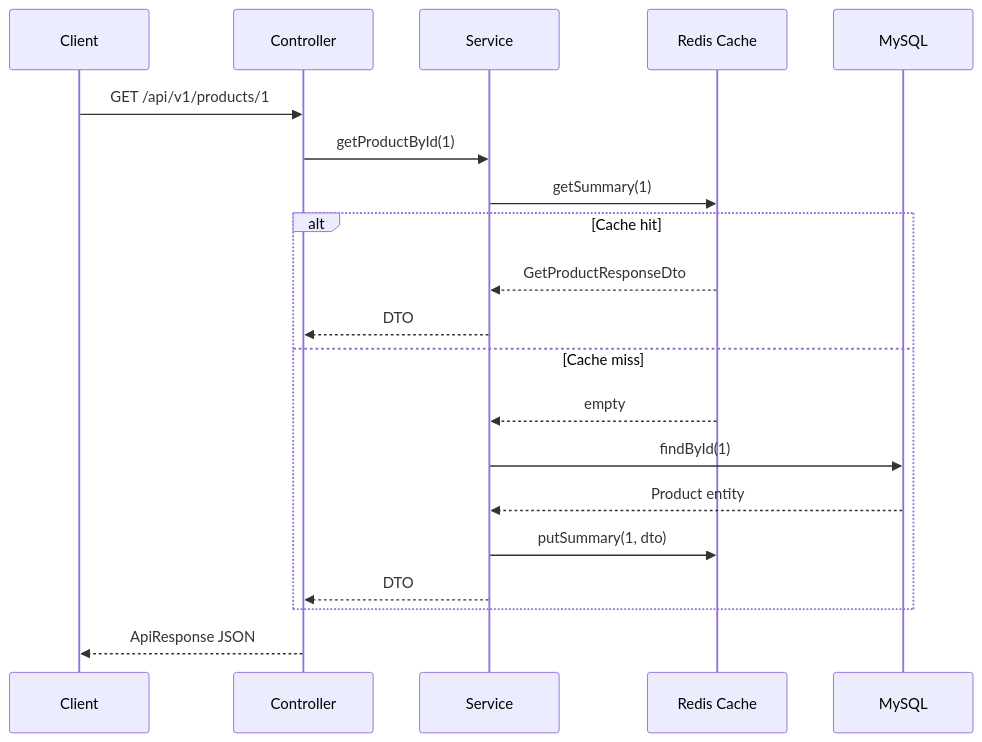
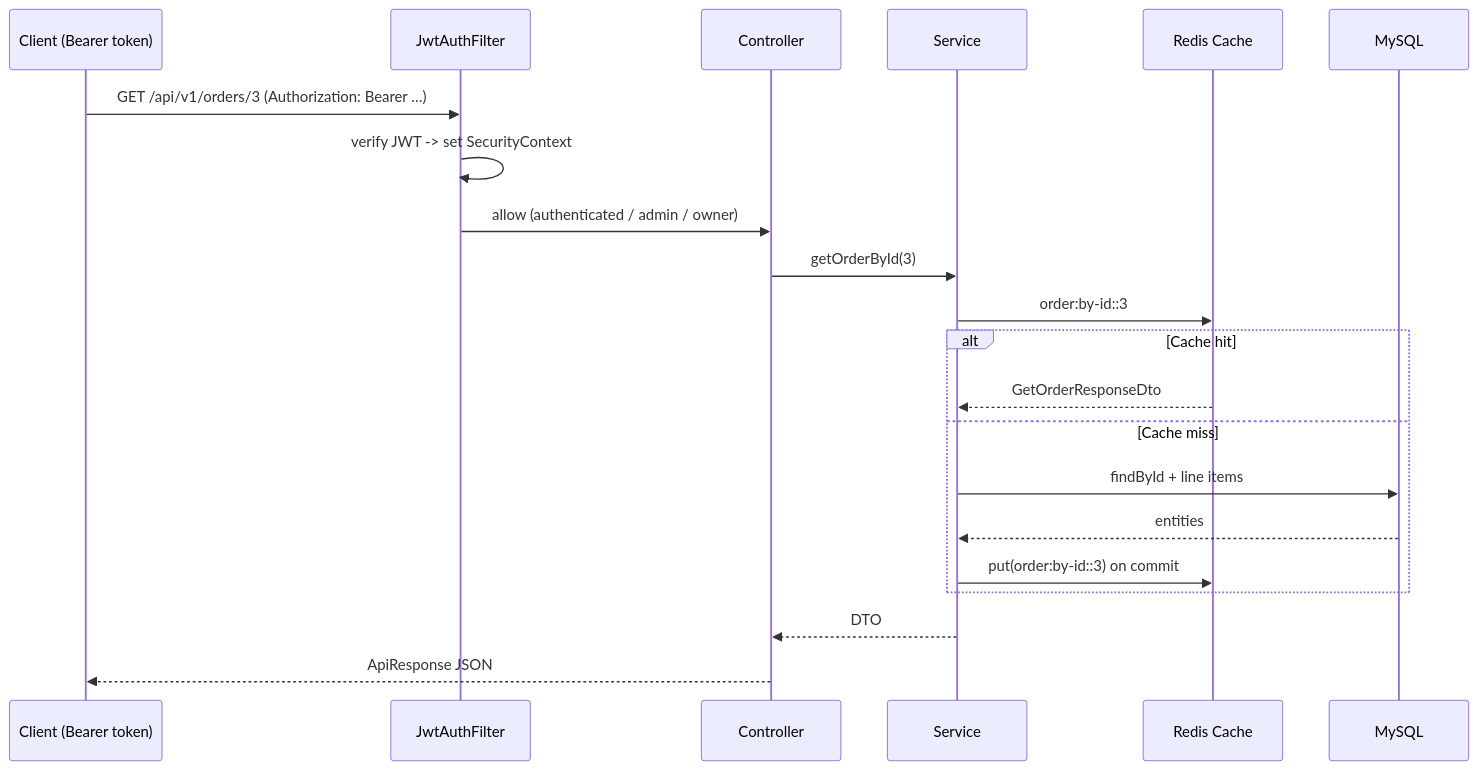
The second of 4 diagrams in PROJECT_DOCUMENTATION.md (Priyank384/nexus-commerce), drawn with Mermaid before and after one commit. The commit also changed other lines of this file and 108 other files, not shown here.

First line of the commit message:
Add JWT auth, RBAC, admin surface, Redis caching, order snapshots (V5-V12)

````diff
--- a/PROJECT_DOCUMENTATION.md
+++ b/PROJECT_DOCUMENTATION.md
@@ -198,23 +215,24 @@
 ```mermaid
 sequenceDiagram
-    participant C as Client
+    participant C as Client (Bearer token)
+    participant F as JwtAuthFilter
     participant CT as Controller
     participant S as Service
     participant R as Redis Cache
     participant DB as MySQL
 
-    C->>CT: GET /api/v1/products/1
-    CT->>S: getProductById(1)
-    S->>R: getSummary(1)
+    C->>F: GET /api/v1/orders/3 (Authorization: Bearer …)
+    F->>F: verify JWT -> set SecurityContext
+    F->>CT: allow (authenticated / admin / owner)
+    CT->>S: getOrderById(3)
+    S->>R: order:by-id::3
     alt Cache hit
-        R-->>S: GetProductResponseDto
-        S-->>CT: DTO
+        R-->>S: GetOrderResponseDto
     else Cache miss
-        R-->>S: empty
-        S->>DB: findById(1)
-        DB-->>S: Product entity
-        S->>R: putSummary(1, dto)
-        S-->>CT: DTO
+        S->>DB: findById + line items
+        DB-->>S: entities
+        S->>R: put(order:by-id::3) on commit
     end
+    S-->>CT: DTO
     CT-->>C: ApiResponse JSON
 ```
````
